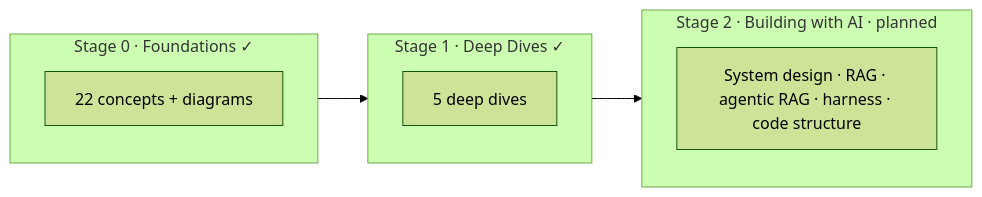
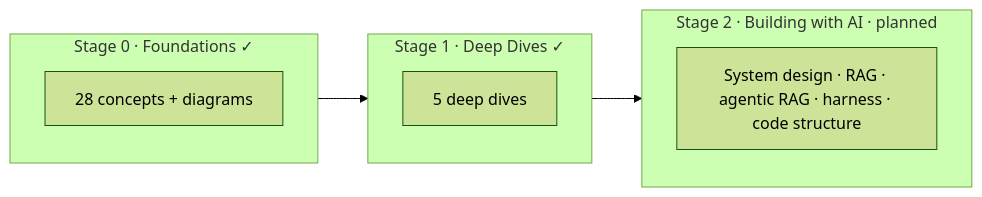
The diagram in content/en/_index.md (namphuongtran/ai-vault), drawn with Mermaid (forest theme) before and after one commit. The commit also changed other lines of this file and 55 other files, not shown here.

````diff
--- a/content/en/_index.md
+++ b/content/en/_index.md
@@ -23,13 +24,13 @@
 ```mermaid
 flowchart LR
     subgraph S0["Stage 0 · Foundations ✓"]
-      A0[22 concepts + diagrams]
+      A0[28 concepts + diagrams]
     end
     subgraph S1["Stage 1 · Deep Dives ✓"]
       A1[5 deep dives]
     end
     subgraph S2["Stage 2 · Building with AI · planned"]
       A2[System design · RAG · agentic RAG · harness · code structure]
     end
     S0 --> S1 --> S2
 ```
````
